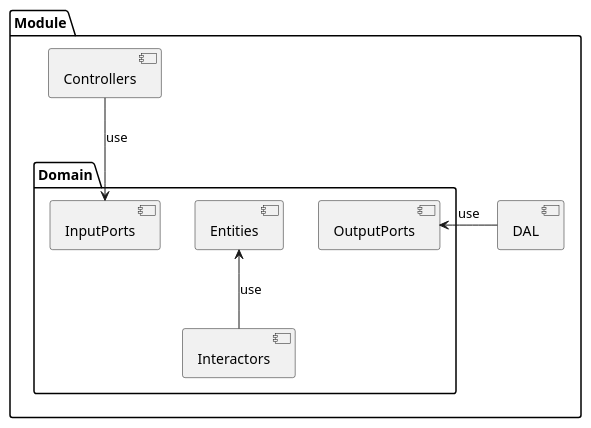
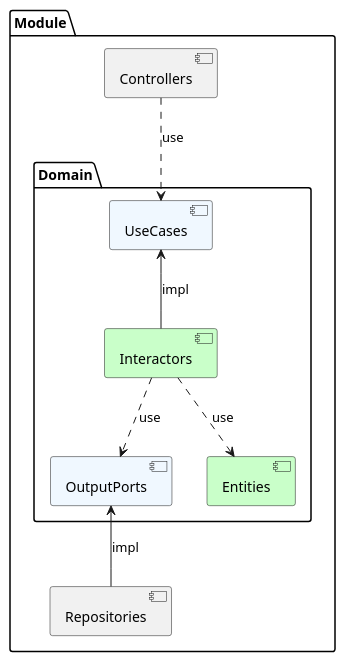
The diagram in diagram.iuml (zhuravlevma/typescript-ddd-architecture), drawn with PlantUML before and after one commit.

Commit message:
docs: fix diagram

```diff
--- a/diagram.iuml
+++ b/diagram.iuml
@@ -1,21 +1,24 @@
 @startuml
 
 package "Module" {
 
 
 package "Domain" {
- [OutputPorts]
- [Entities]
- [Interactors] -up-> Entities : use
+ component [UseCases] #AliceBlue
+ component [Entities] #TECHNOLOGY
+ component [OutputPorts] #AliceBlue
+ component [Interactors] #TECHNOLOGY
 
- [InputPorts]
+ [Interactors] -up-> [UseCases] : impl
+ [Interactors] .down.> [Entities] : use
+ [Interactors] .down.> [OutputPorts] : use
 }
 
-[Controllers] --> [InputPorts] : use
+[Controllers] ..> [UseCases] : use
 
-[DAL] -left-> [OutputPorts] : use
+[Repositories] -up-> [OutputPorts] : impl
 
 }
 
 
 @enduml
```
